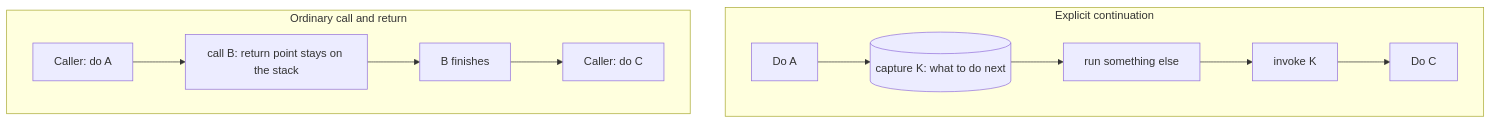
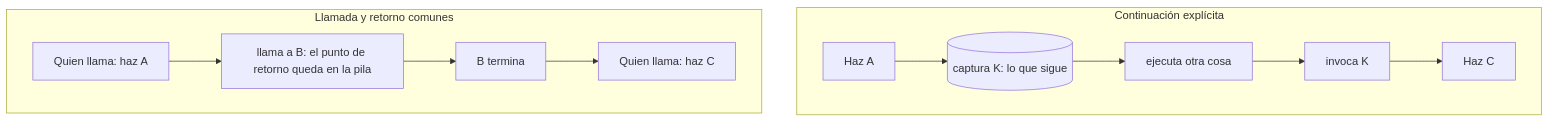
The diagram in lessons/cs-source/concepts/continuation.md (dullroar/aprende-a-programar-como-un-bicho-raro), drawn with Mermaid before and after one commit. The commit also changed other lines of this file and 43 other files, not shown here.

````diff
--- a/lessons/cs-source/concepts/continuation.md
+++ b/lessons/cs-source/concepts/continuation.md
@@ -8,11 +8,11 @@
 ```mermaid
 flowchart TB
-    accTitle: A continuation names the remaining computation; a normal call merely returns to its caller
-    accDescr: Two parallel panels. In an ordinary call, the caller does A, calls B, B finishes, and control returns to the caller, which does C. The caller's stack keeps the return point. With an explicit continuation, the program does A, captures K, the value that stands for what to do next, runs something else, later invokes K, and then does C. K is drawn as a separate box because it is a value that stands for pending control.
-    subgraph CONT["Explicit continuation"]
-        A2["Do A"] --> CAP[("capture K: what to do next")] --> OTH["run something else"] --> RES["invoke K"] --> C2["Do C"]
+    accTitle: Una continuación identifica lo que falta por calcular. Una llamada común solo retorna a quien la hizo
+    accDescr: Dos paneles en paralelo. En una llamada común, quien llama hace A y luego llama a B. B termina y devuelve el control a quien lo llamó, que hace C. La pila de quien llama guarda el punto de retorno. Con una continuación explícita, el programa hace A y captura K, el valor que representa lo que sigue. Ejecuta otra cosa, invoca K más tarde y luego hace C. K aparece en un cuadro aparte porque es un valor que representa el control pendiente.
+    subgraph CONT["Continuación explícita"]
+        A2["Haz A"] --> CAP[("captura K: lo que sigue")] --> OTH["ejecuta otra cosa"] --> RES["invoca K"] --> C2["Haz C"]
     end
-    subgraph CALL["Ordinary call and return"]
-        A1["Caller: do A"] --> B1["call B: return point stays on the stack"] --> B2["B finishes"] --> C1["Caller: do C"]
+    subgraph CALL["Llamada y retorno comunes"]
+        A1["Quien llama: haz A"] --> B1["llama a B: el punto de retorno queda en la pila"] --> B2["B termina"] --> C1["Quien llama: haz C"]
     end
 ```
````
